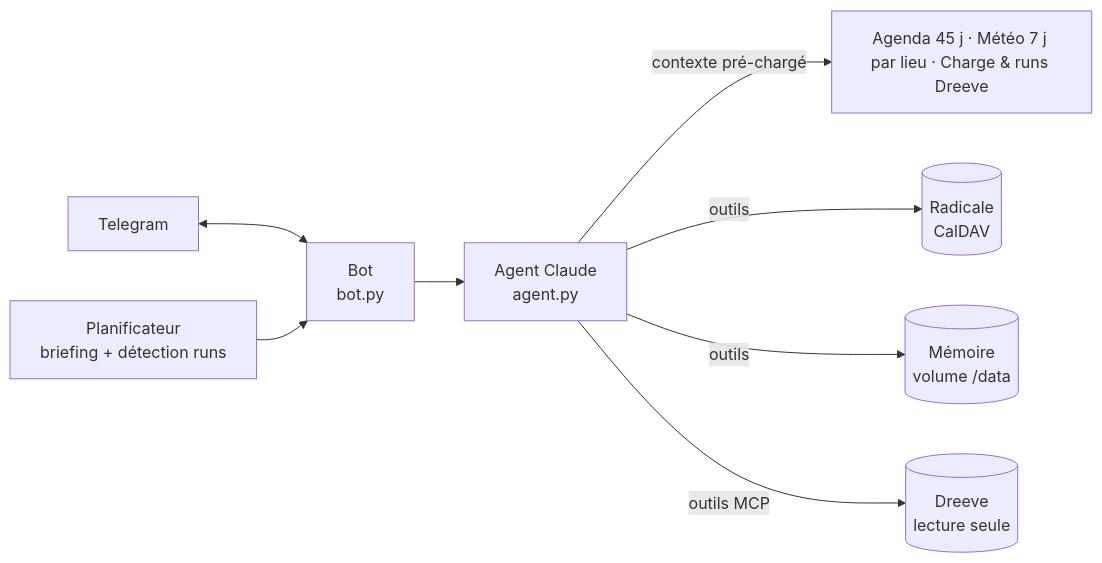
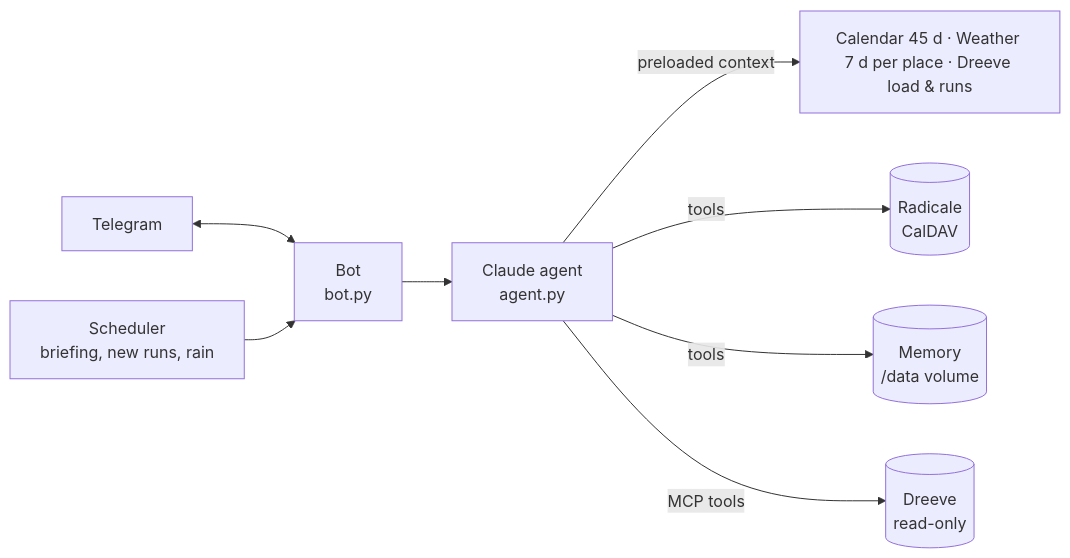
The diagram in README.md (Constantin-Hentgen/Running-Coach), drawn with Mermaid before and after one commit. The commit also changed other lines of this file, not shown here.

````diff
--- a/README.md
+++ b/README.md
@@ -33,10 +36,10 @@
 ```mermaid
 flowchart LR
     TG[Telegram] <--> BOT[Bot<br/>bot.py]
-    SCHED[Planificateur<br/>briefing + détection runs] --> BOT
-    BOT --> AGENT[Agent Claude<br/>agent.py]
-    AGENT -- contexte pré-chargé --> CTX[Agenda 45 j · Météo 7 j par lieu · Charge & runs Dreeve]
-    AGENT -- outils --> CAL[(Radicale<br/>CalDAV)]
-    AGENT -- outils --> MEM[(Mémoire<br/>volume /data)]
-    AGENT -- outils MCP --> DRV[(Dreeve<br/>lecture seule)]
+    SCHED[Scheduler<br/>briefing, new runs, rain] --> BOT
+    BOT --> AGENT[Claude agent<br/>agent.py]
+    AGENT -- preloaded context --> CTX[Calendar 45 d · Weather 7 d per place · Dreeve load & runs]
+    AGENT -- tools --> CAL[(Radicale<br/>CalDAV)]
+    AGENT -- tools --> MEM[(Memory<br/>/data volume)]
+    AGENT -- MCP tools --> DRV[(Dreeve<br/>read-only)]
 ```
````
